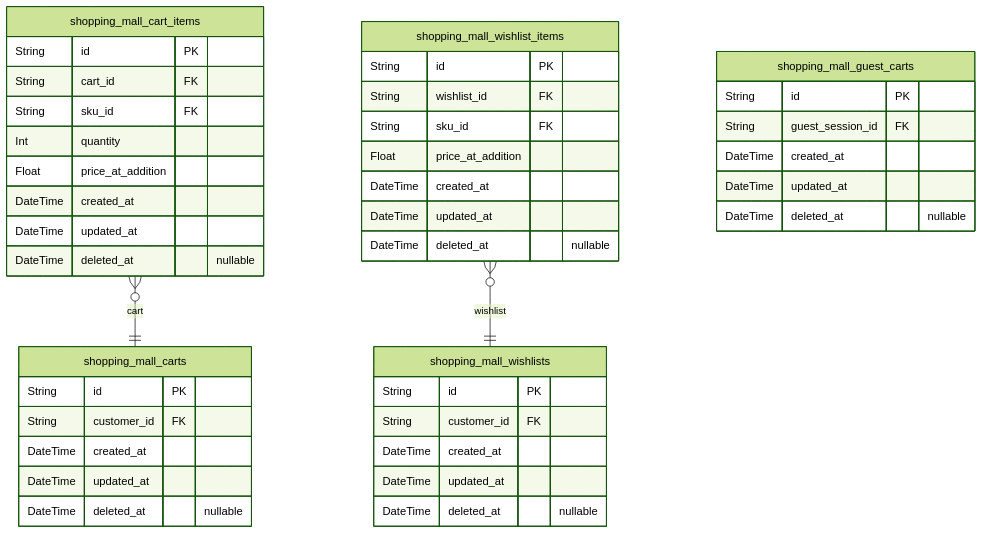
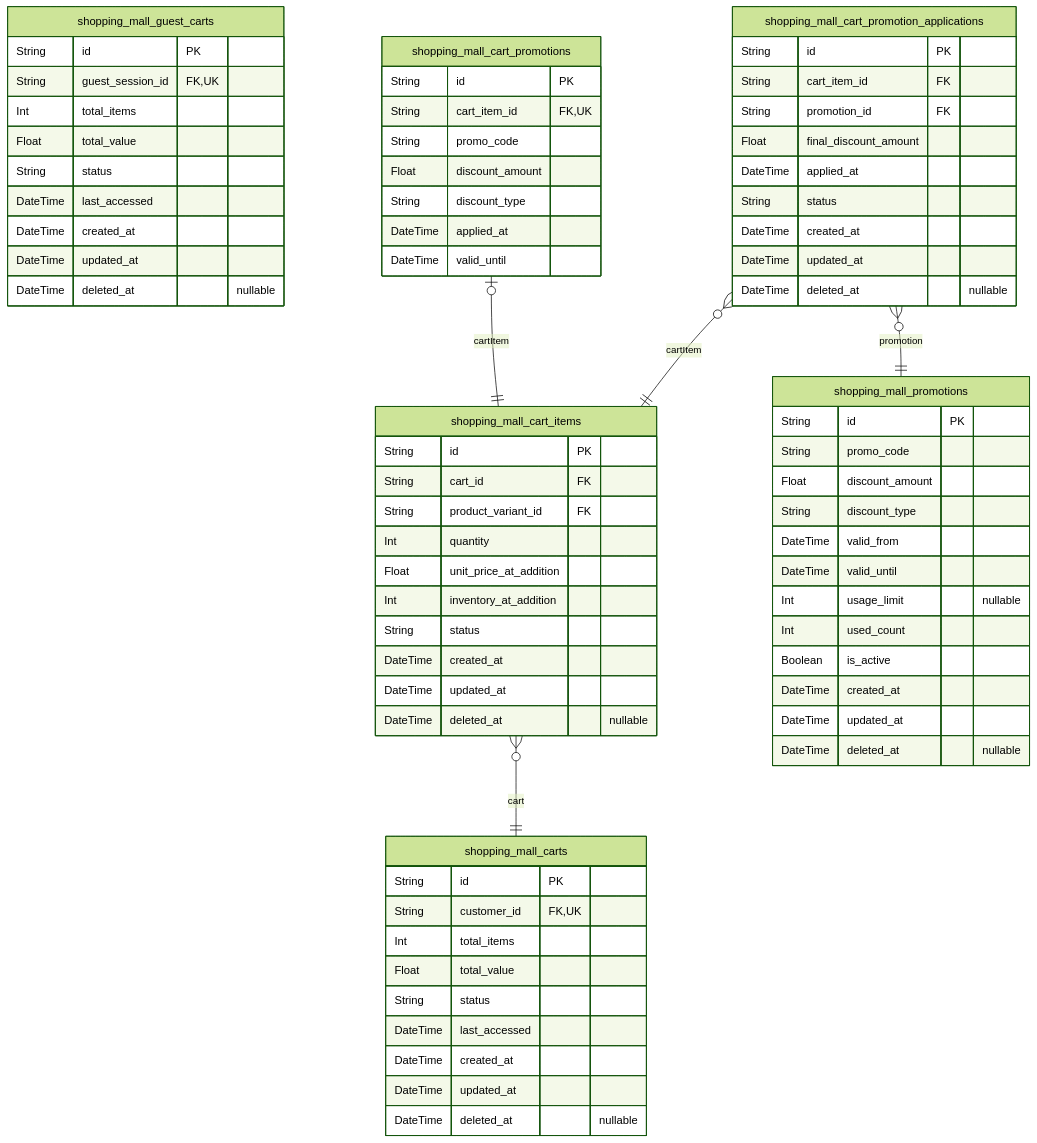
Before and after one commit to wrtnlabs/autobe-examples: the fourth of 11 diagrams in qwen/qwen3-next-80b-a3b-instruct/shopping/docs/ERD.md, drawn with Mermaid (forest theme). The commit also changed other lines of this file and 22498 other files, not shown here.

````diff
--- a/qwen/qwen3-next-80b-a3b-instruct/shopping/docs/ERD.md
+++ b/qwen/qwen3-next-80b-a3b-instruct/shopping/docs/ERD.md
@@ -840,45 +1232,75 @@
 ```mermaid
 erDiagram
 "shopping_mall_carts" {
   String id PK
-  String customer_id FK
+  String customer_id FK,UK
+  Int total_items
+  Float total_value
+  String status
+  DateTime last_accessed
   DateTime created_at
   DateTime updated_at
   DateTime deleted_at "nullable"
 }
 "shopping_mall_cart_items" {
   String id PK
   String cart_id FK
-  String sku_id FK
+  String product_variant_id FK
   Int quantity
-  Float price_at_addition
-  DateTime created_at
-  DateTime updated_at
-  DateTime deleted_at "nullable"
-}
-"shopping_mall_wishlists" {
-  String id PK
-  String customer_id FK
-  DateTime created_at
-  DateTime updated_at
-  DateTime deleted_at "nullable"
-}
-"shopping_mall_wishlist_items" {
-  String id PK
-  String wishlist_id FK
-  String sku_id FK
-  Float price_at_addition
+  Float unit_price_at_addition
+  Int inventory_at_addition
+  String status
   DateTime created_at
   DateTime updated_at
   DateTime deleted_at "nullable"
 }
 "shopping_mall_guest_carts" {
   String id PK
-  String guest_session_id FK
+  String guest_session_id FK,UK
+  Int total_items
+  Float total_value
+  String status
+  DateTime last_accessed
+  DateTime created_at
+  DateTime updated_at
+  DateTime deleted_at "nullable"
+}
+"shopping_mall_cart_promotions" {
+  String id PK
+  String cart_item_id FK,UK
+  String promo_code
+  Float discount_amount
+  String discount_type
+  DateTime applied_at
+  DateTime valid_until
+}
+"shopping_mall_promotions" {
+  String id PK
+  String promo_code
+  Float discount_amount
+  String discount_type
+  DateTime valid_from
+  DateTime valid_until
+  Int usage_limit "nullable"
+  Int used_count
+  Boolean is_active
+  DateTime created_at
+  DateTime updated_at
+  DateTime deleted_at "nullable"
+}
+"shopping_mall_cart_promotion_applications" {
+  String id PK
+  String cart_item_id FK
+  String promotion_id FK
+  Float final_discount_amount
+  DateTime applied_at
+  String status
   DateTime created_at
   DateTime updated_at
   DateTime deleted_at "nullable"
 }
 "shopping_mall_cart_items" }o--|| "shopping_mall_carts" : cart
-"shopping_mall_wishlist_items" }o--|| "shopping_mall_wishlists" : wishlist
+"shopping_mall_cart_promotions" |o--|| "shopping_mall_cart_items" : cartItem
+"shopping_mall_cart_promotion_applications" }o--|| "shopping_mall_cart_items" : cartItem
+"shopping_mall_cart_promotion_applications" }o--|| "shopping_mall_promotions" : promotion
 ```
````
